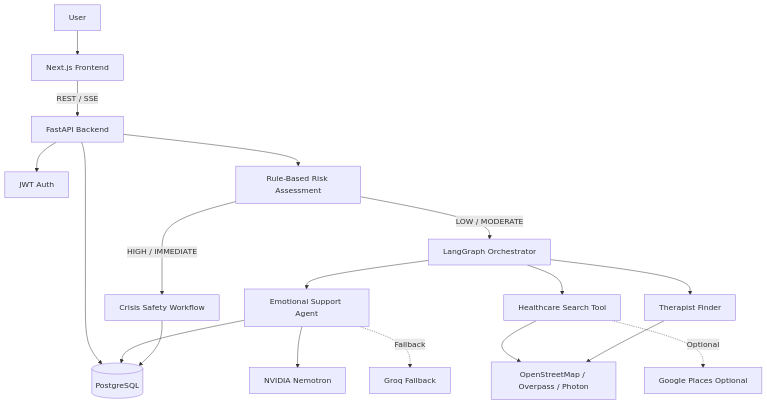
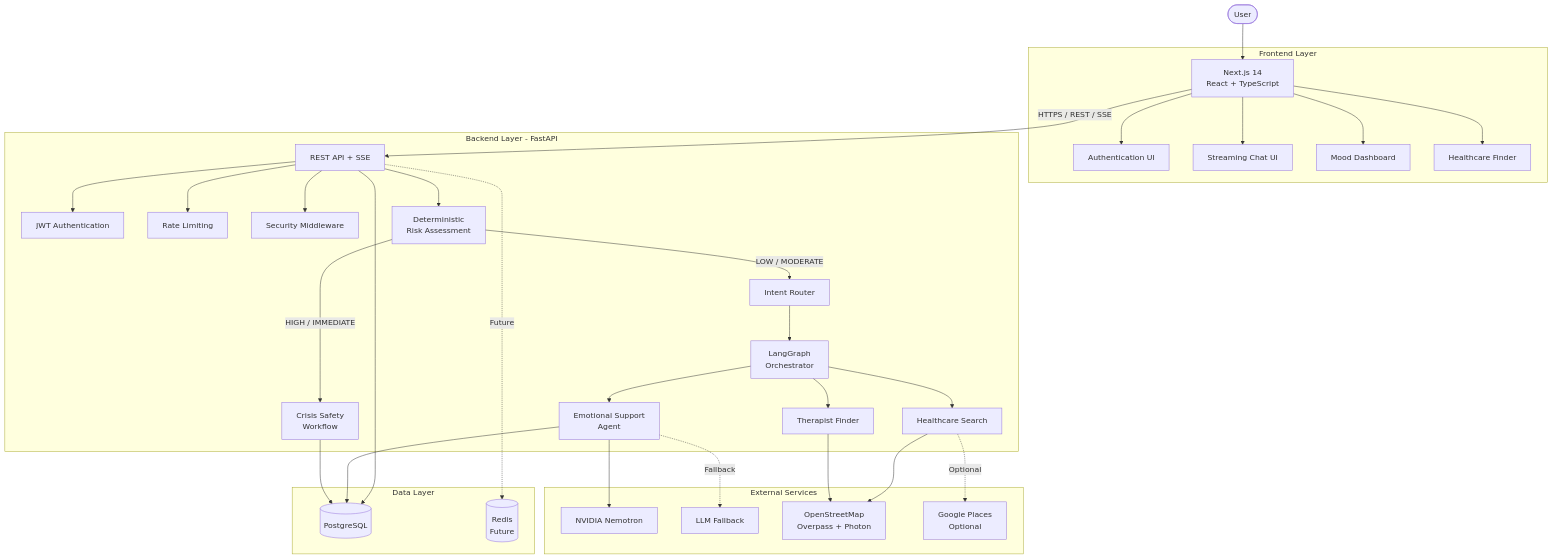
Before and after one commit to ayushnandi718-dev/safespace-ai: the diagram in README.md, drawn with Mermaid. The commit also changed other lines of this file, not shown here.

Commit message:
Upgrade architecture diagram with layered subgraphs and expand production-hardening notes

````diff
--- a/README.md
+++ b/README.md
@@ -90,53 +90,82 @@
 ```mermaid
-flowchart TD
-    U[User]
+flowchart TB
 
-    F[Next.js Frontend]
+    USER([User])
 
-    API[FastAPI Backend]
+    subgraph FRONTEND["Frontend Layer"]
+        NEXT["Next.js 14<br/>React + TypeScript"]
+        AUTH_UI["Authentication UI"]
+        CHAT_UI["Streaming Chat UI"]
+        MOOD_UI["Mood Dashboard"]
+        SEARCH_UI["Healthcare Finder"]
+    end
 
-    AUTH[JWT Auth]
-    DB[(PostgreSQL)]
+    subgraph BACKEND["Backend Layer - FastAPI"]
+        API["REST API + SSE"]
 
-    RISK[Rule-Based Risk Assessment]
+        AUTH["JWT Authentication"]
+        RATE["Rate Limiting"]
+        SECURITY["Security Middleware"]
 
-    GRAPH[LangGraph Orchestrator]
+        RISK["Deterministic<br/>Risk Assessment"]
+        ROUTER["Intent Router"]
 
-    CRISIS[Crisis Safety Workflow]
-    SUPPORT[Emotional Support Agent]
-    SEARCH[Healthcare Search Tool]
-    THERAPIST[Therapist Finder]
+        GRAPH["LangGraph<br/>Orchestrator"]
 
-    NVIDIA[NVIDIA Nemotron]
-    GROQ[Groq Fallback]
+        CRISIS["Crisis Safety<br/>Workflow"]
+        SUPPORT["Emotional Support<br/>Agent"]
+        PROVIDER["Healthcare Search"]
+        THERAPIST["Therapist Finder"]
+    end
 
-    OSM[OpenStreetMap / Overpass / Photon]
-    GOOGLE[Google Places Optional]
+    subgraph DATA["Data Layer"]
+        POSTGRES[("PostgreSQL")]
+        CACHE[("Redis<br/>Future")]
+    end
 
-    U --> F
+    subgraph EXTERNAL["External Services"]
+        NVIDIA["NVIDIA Nemotron"]
+        GROQ["LLM Fallback"]
+        OSM["OpenStreetMap<br/>Overpass + Photon"]
+        GOOGLE["Google Places<br/>Optional"]
+    end
 
-    F -->|REST / SSE| API
+    USER --> NEXT
 
+    NEXT --> AUTH_UI
+    NEXT --> CHAT_UI
+    NEXT --> MOOD_UI
+    NEXT --> SEARCH_UI
+
+    NEXT -->|"HTTPS / REST / SSE"| API
+
+    API --> SECURITY
+    API --> RATE
     API --> AUTH
-    API --> DB
+
+    API --> POSTGRES
 
     API --> RISK
 
-    RISK -->|HIGH / IMMEDIATE| CRISIS
-    RISK -->|LOW / MODERATE| GRAPH
+    RISK -->|"HIGH / IMMEDIATE"| CRISIS
+    RISK -->|"LOW / MODERATE"| ROUTER
+
+    ROUTER --> GRAPH
 
     GRAPH --> SUPPORT
-    GRAPH --> SEARCH
+    GRAPH --> PROVIDER
     GRAPH --> THERAPIST
 
     SUPPORT --> NVIDIA
     SUPPORT -.Fallback.-> GROQ
 
-    SEARCH --> OSM
-    SEARCH -.Optional.-> GOOGLE
+    PROVIDER --> OSM
+    PROVIDER -.Optional.-> GOOGLE
 
     THERAPIST --> OSM
 
-    SUPPORT --> DB
-    CRISIS --> DB
+    SUPPORT --> POSTGRES
+    CRISIS --> POSTGRES
+
+    API -.Future.-> CACHE
 ```
````
